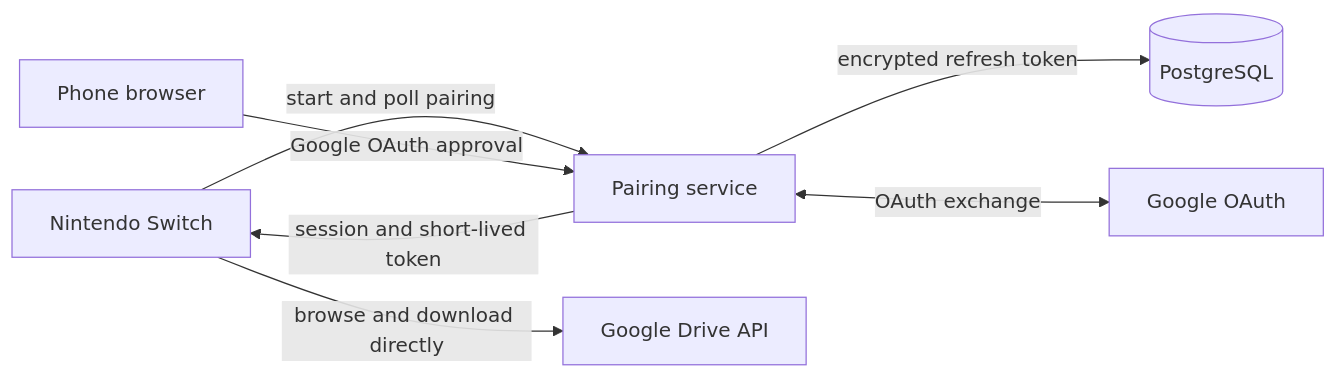
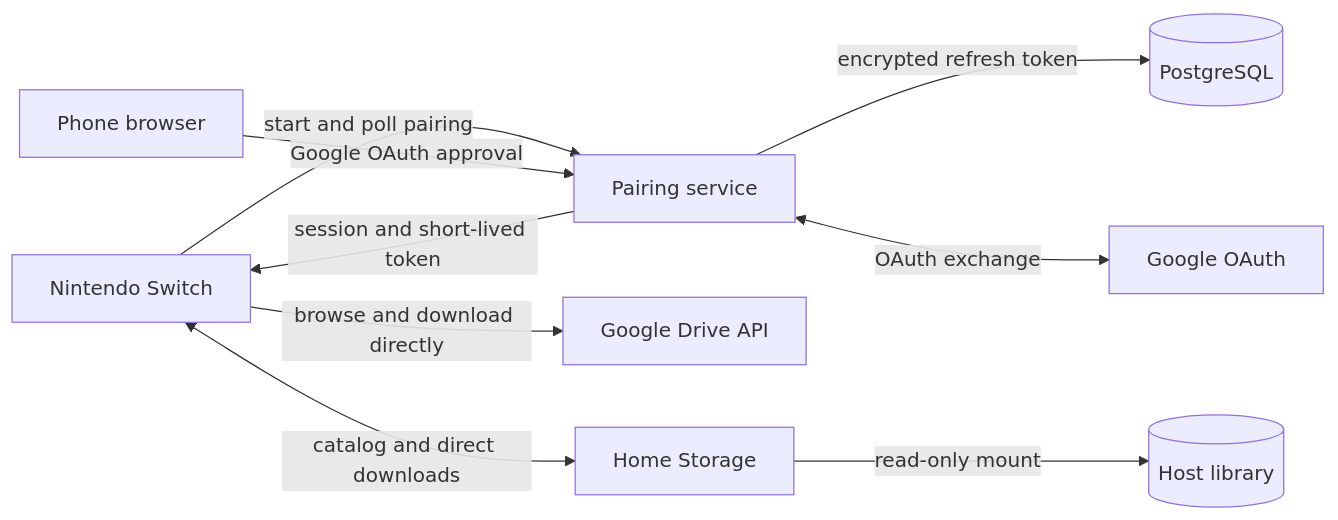
One commit to korefs/switch-drive changed the diagram in README.md. Above: the diagram before and after it, drawn with Mermaid. The commit also changed other lines of this file and 689 other files, not shown here.

````diff
--- a/README.md
+++ b/README.md
@@ -144,9 +74,11 @@
 ```mermaid
 flowchart LR
     S[Nintendo Switch] -->|start and poll pairing| P[Pairing service]
     P -->|session and short-lived token| S
     M[Phone browser] -->|Google OAuth approval| P
     P -->|encrypted refresh token| DB[(PostgreSQL)]
     P <-->|OAuth exchange| G[Google OAuth]
     S -->|browse and download directly| D[Google Drive API]
+    S <-->|catalog and direct downloads| H[Home Storage]
+    H -->|read-only mount| L[(Host library)]
 ```
````
